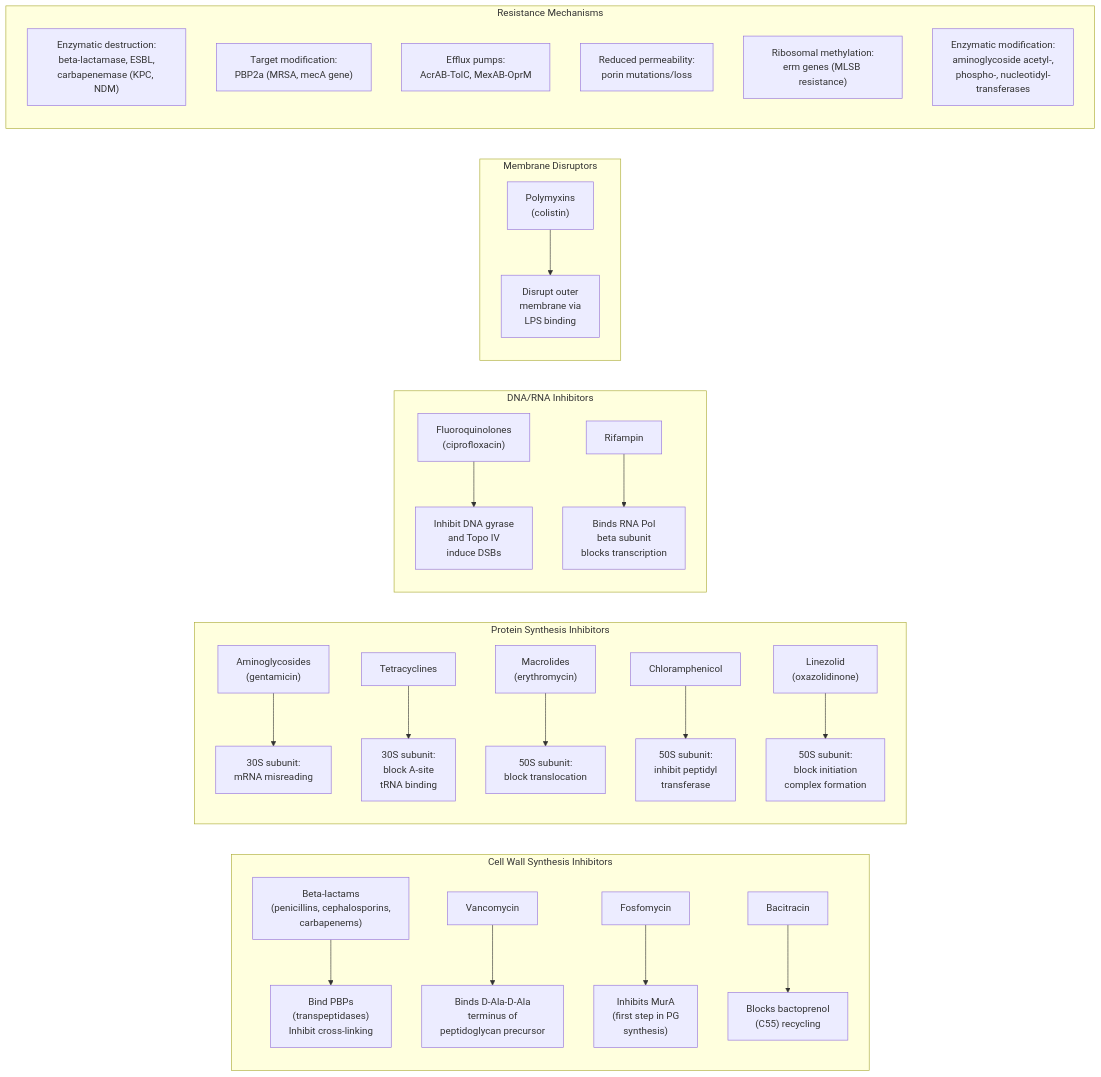
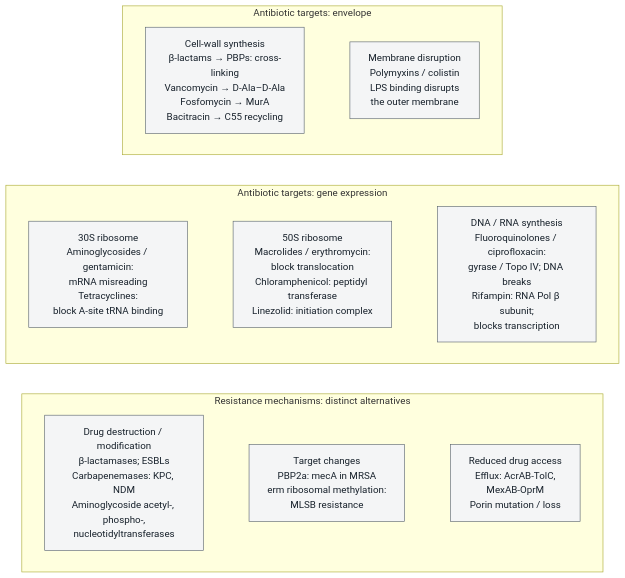
The sixth of 9 diagrams in docs/manuscript/unit_VII/bacteria_archaea_viruses.md (docxology/biology_textbook), drawn with Mermaid before and after one commit. The commit also changed other lines of this file and 41 other files, not shown here.

````diff
--- a/docs/manuscript/unit_VII/bacteria_archaea_viruses.md
+++ b/docs/manuscript/unit_VII/bacteria_archaea_viruses.md
@@ -716,40 +742,29 @@
 ```mermaid
-flowchart LR
-    subgraph "Cell Wall Synthesis Inhibitors"
-        direction TB
-        A1["Beta-lactams\n(penicillins, cephalosporins,\ncarbapenems)"] --> T1["Bind PBPs\n(transpeptidases)\nInhibit cross-linking"]
-        A2["Vancomycin"] --> T2["Binds D-Ala-D-Ala\nterminus of\npeptidoglycan precursor"]
-        A3["Fosfomycin"] --> T3["Inhibits MurA\n(first step in PG\nsynthesis)"]
-        A4["Bacitracin"] --> T4["Blocks bactoprenol\n(C55) recycling"]
+---
+config:
+  layout: dagre
+---
+flowchart TB
+    subgraph ROW1["Antibiotic targets: envelope"]
+        direction LR
+        WALL["Cell-wall synthesis<br/>β-lactams → PBPs: cross-linking<br/>Vancomycin → D-Ala–D-Ala<br/>Fosfomycin → MurA<br/>Bacitracin → C55 recycling"]
+        MEM["Membrane disruption<br/>Polymyxins / colistin<br/>LPS binding disrupts<br/>the outer membrane"]
+        WALL ~~~ MEM
     end
-
-    subgraph "Protein Synthesis Inhibitors"
-        direction TB
-        B1["Aminoglycosides\n(gentamicin)"] --> T5["30S subunit:\nmRNA misreading"]
-        B2["Tetracyclines"] --> T6["30S subunit:\nblock A-site\ntRNA binding"]
-        B3["Macrolides\n(erythromycin)"] --> T7["50S subunit:\nblock translocation"]
-        B4["Chloramphenicol"] --> T8["50S subunit:\ninhibit peptidyl\ntransferase"]
-        B5["Linezolid\n(oxazolidinone)"] --> T9["50S subunit:\nblock initiation\ncomplex formation"]
+    subgraph ROW2["Antibiotic targets: gene expression"]
+        direction LR
+        R30["30S ribosome<br/>Aminoglycosides / gentamicin:<br/>mRNA misreading<br/>Tetracyclines:<br/>block A-site tRNA binding"]
+        R50["50S ribosome<br/>Macrolides / erythromycin:<br/>block translocation<br/>Chloramphenicol: peptidyl transferase<br/>Linezolid: initiation complex"]
+        NA["DNA / RNA synthesis<br/>Fluoroquinolones / ciprofloxacin:<br/>gyrase / Topo IV; DNA breaks<br/>Rifampin: RNA Pol β subunit;<br/>blocks transcription"]
+        R30 ~~~ R50 ~~~ NA
     end
-
-    subgraph "DNA/RNA Inhibitors"
-        direction TB
-        C1["Fluoroquinolones\n(ciprofloxacin)"] --> T10["Inhibit DNA gyrase\nand Topo IV\ninduce DSBs"]
-        C2["Rifampin"] --> T11["Binds RNA Pol\nbeta subunit\nblocks transcription"]
+    subgraph ROW3["Resistance mechanisms: distinct alternatives"]
+        direction LR
+        R1["Drug destruction / modification<br/>β-lactamases; ESBLs<br/>Carbapenemases: KPC, NDM<br/>Aminoglycoside acetyl-, phospho-,<br/>nucleotidyltransferases"]
+        R2["Target changes<br/>PBP2a: mecA in MRSA<br/>erm ribosomal methylation:<br/>MLSB resistance"]
+        R3["Reduced drug access<br/>Efflux: AcrAB-TolC,<br/>MexAB-OprM<br/>Porin mutation / loss"]
+        R1 ~~~ R2 ~~~ R3
     end
-
-    subgraph "Membrane Disruptors"
-        direction TB
-        D1["Polymyxins\n(colistin)"] --> T12["Disrupt outer\nmembrane via\nLPS binding"]
-    end
-
-    subgraph "Resistance Mechanisms"
-        direction TB
-        R1["Enzymatic destruction:\nbeta-lactamase, ESBL,\ncarbapenemase (KPC, NDM)"]
-        R2["Target modification:\nPBP2a (MRSA, mecA gene)"]
-        R3["Efflux pumps:\nAcrAB-TolC, MexAB-OprM"]
-        R4["Reduced permeability:\nporin mutations/loss"]
-        R5["Ribosomal methylation:\nerm genes (MLSB resistance)"]
-        R6["Enzymatic modification:\naminoglycoside acetyl-,\nphospho-, nucleotidyl-\ntransferases"]
-    end
+    ROW1 ~~~ ROW2 ~~~ ROW3
+    classDef default fill:#f4f5f6,stroke:#59636e,color:#17212b
 ```
````
